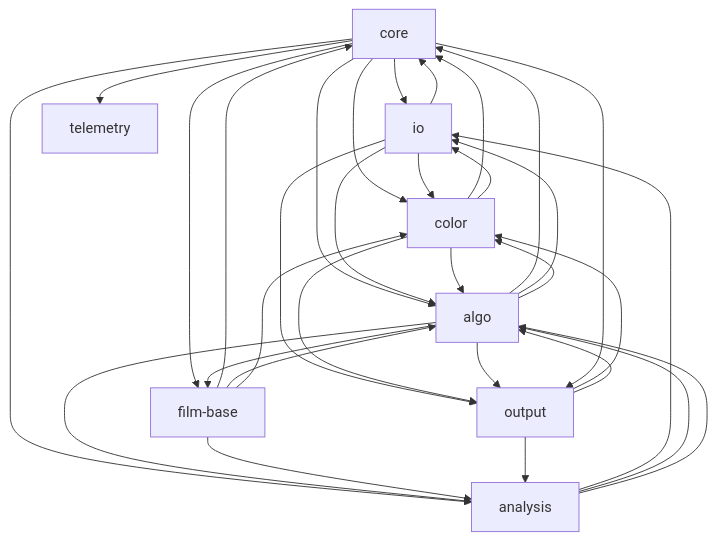
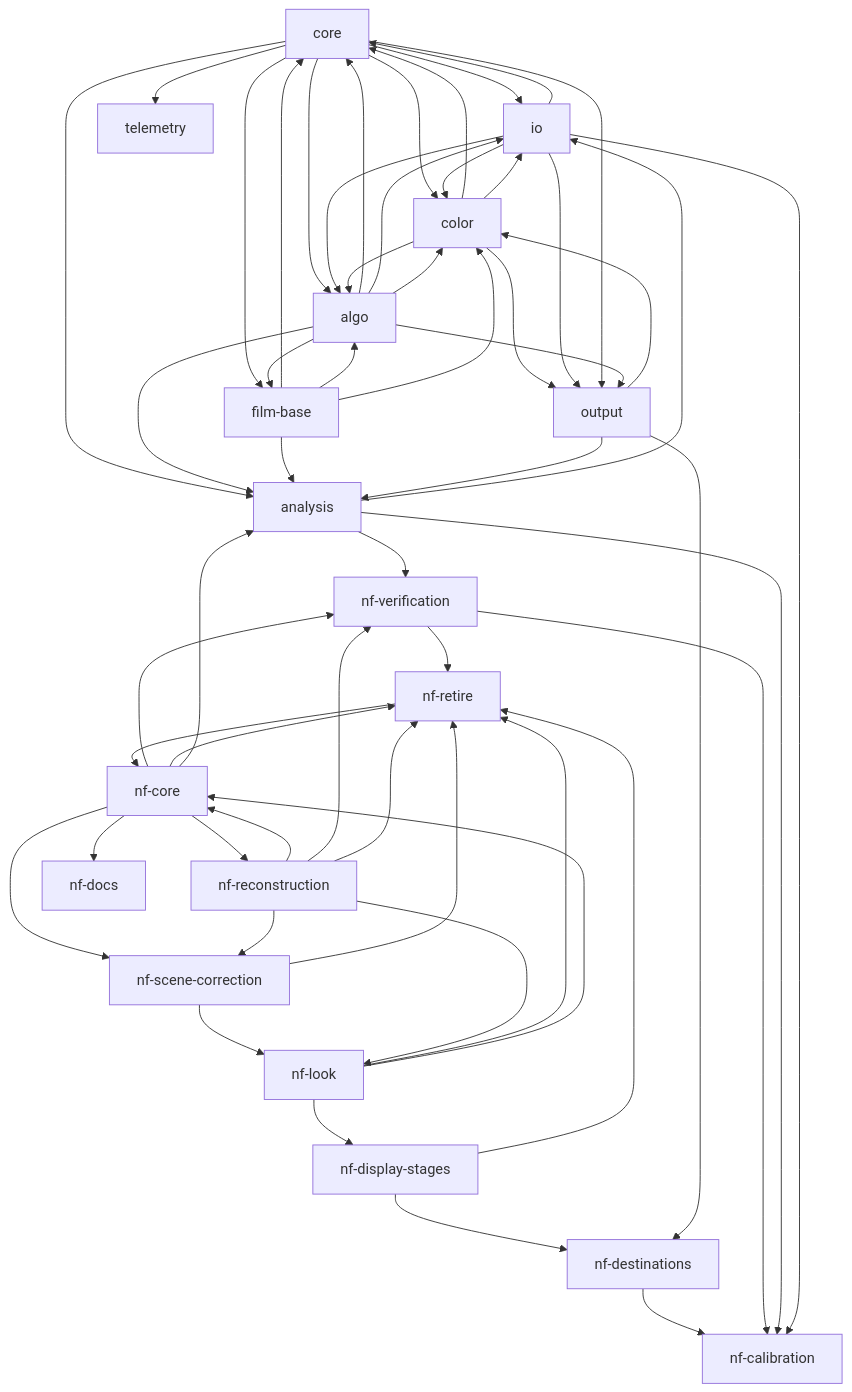
One commit to lix42/hanten changed the first of 2 diagrams in docs/TASKS.md. Above: the diagram before and after it, drawn with Mermaid. The commit also changed other lines of this file and 84 other files, not shown here.

First line of the commit message:
Plan the new-flow migration: ten nf-* epics and 53 tasks

````diff
--- a/docs/TASKS.md
+++ b/docs/TASKS.md
@@ -99,42 +99,75 @@
 ```mermaid
 graph TD
   core
   io
   film-base
   algo
   color
   output
   telemetry
   analysis
+  nf-core
+  nf-reconstruction
+  nf-scene-correction
+  nf-look
+  nf-display-stages
+  nf-destinations
+  nf-calibration
+  nf-verification
+  nf-retire
+  nf-docs
   core --> io
   core --> color
   core --> film-base
   core --> algo
   io --> core
   color --> core
   film-base --> core
   algo --> core
   analysis --> io
-  analysis --> algo
   core --> analysis
   core --> telemetry
   algo --> analysis
-  analysis --> algo
   film-base --> analysis
   algo --> film-base
+  io --> color
+  io --> algo
+  film-base --> algo
+  color --> algo
   algo --> io
-  io --> color
-  color --> io
-  io --> algo
-  io --> output
-  film-base --> algo
   algo --> color
-  color --> algo
   film-base --> color
   color --> output
+  color --> io
+  output --> color
+  io --> output
+  core --> output
   algo --> output
-  output --> color
-  core --> output
-  output --> algo
   output --> analysis
+  nf-reconstruction --> nf-core
+  nf-retire --> nf-core
+  nf-core --> nf-reconstruction
+  nf-core --> nf-scene-correction
+  nf-reconstruction --> nf-scene-correction
+  nf-scene-correction --> nf-look
+  nf-reconstruction --> nf-look
+  nf-look --> nf-display-stages
+  nf-display-stages --> nf-destinations
+  output --> nf-destinations
+  nf-destinations --> nf-calibration
+  nf-verification --> nf-calibration
+  analysis --> nf-calibration
+  io --> nf-calibration
+  analysis --> nf-verification
+  nf-core --> nf-verification
+  nf-reconstruction --> nf-verification
+  nf-core --> nf-retire
+  nf-verification --> nf-retire
+  nf-display-stages --> nf-retire
+  nf-reconstruction --> nf-retire
+  nf-look --> nf-retire
+  nf-scene-correction --> nf-retire
+  nf-core --> nf-docs
+  nf-core --> analysis
+  nf-look --> nf-core
 ```
````
